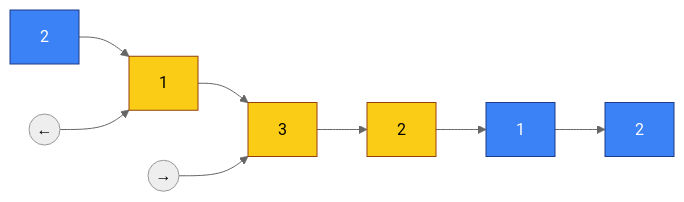
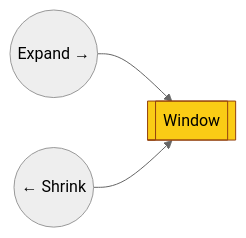
The tenth of 11 diagrams in sliding-window.md (bhaskarneerati/coding-mermaid-diagrams), drawn with Mermaid (neutral theme) before and after one commit. The commit also changed other lines of this file, not shown here.

````diff
--- a/sliding-window.md
+++ b/sliding-window.md
@@ -188,13 +194,9 @@
 ```mermaid
 flowchart LR
-M1[2] --> M2[1] --> M3[3] --> M4[2] --> M5[1] --> M6[2]
+expand((Expand →)) --> mid[[Window]]
+shrink((← Shrink)) --> mid
 
-left((←)) --> M2
-right((→)) --> M3
-
-classDef base fill:#3b82f6,stroke:#1e3a8a,color:#ffffff;
 classDef window fill:#facc15,stroke:#92400e,color:#000000;
 
-class M2,M3,M4 window;
-class M1,M5,M6 base;
+class mid window;
 ```
````
